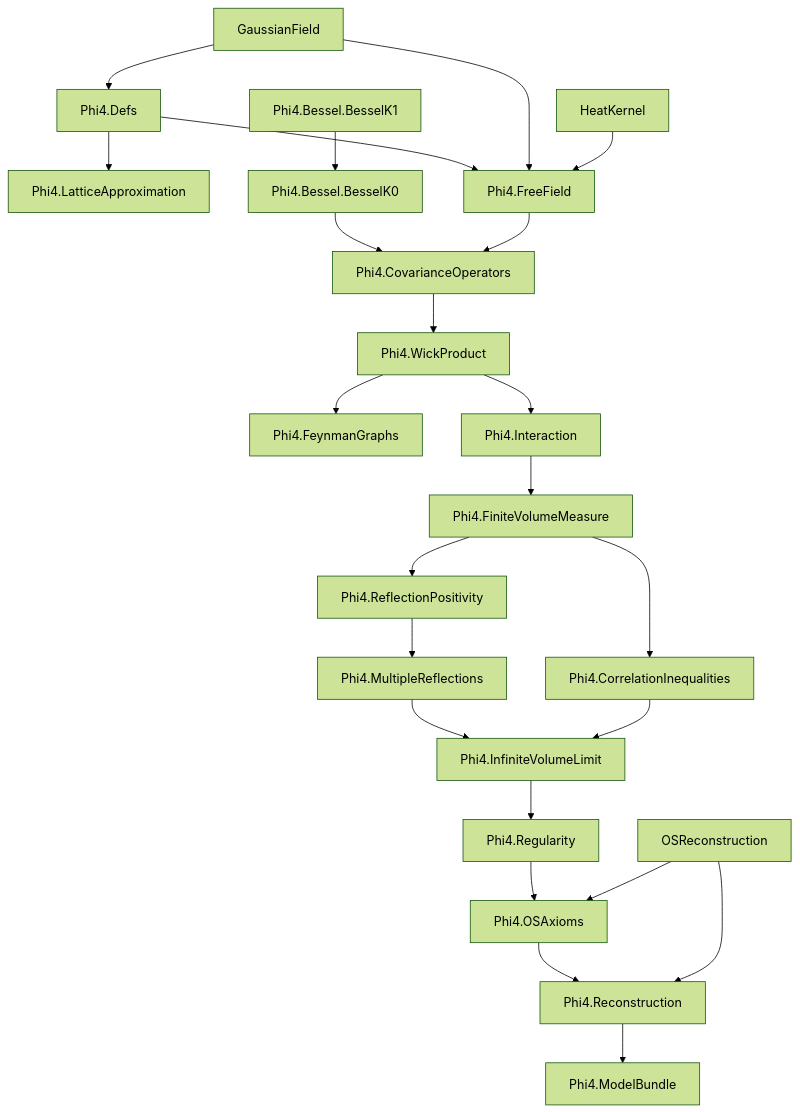
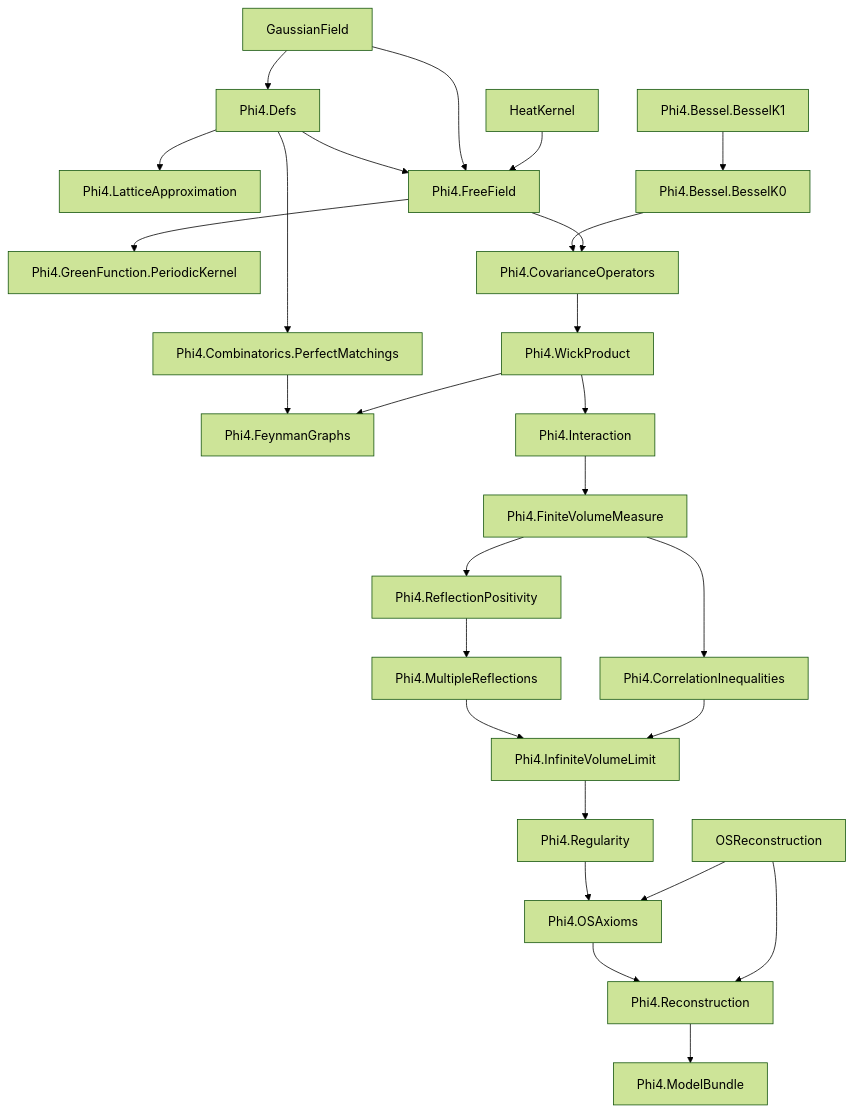
One commit to xiyin137/Phi4 changed the first of 2 diagrams in README.md. Above: the diagram before and after it, drawn with Mermaid (forest theme). The commit also changed other lines of this file and 14 other files, not shown here.

````diff
--- a/README.md
+++ b/README.md
@@ -29,42 +43,47 @@
 ```mermaid
 flowchart TD
   Defs[Phi4.Defs]
   Lattice[Phi4.LatticeApproximation]
+  PMatch[Phi4.Combinatorics.PerfectMatchings]
+  GPer[Phi4.GreenFunction.PeriodicKernel]
   FreeField[Phi4.FreeField]
   BesselK1[Phi4.Bessel.BesselK1]
   BesselK0[Phi4.Bessel.BesselK0]
   CovOps[Phi4.CovarianceOperators]
   Wick[Phi4.WickProduct]
   Graphs[Phi4.FeynmanGraphs]
   Interaction[Phi4.Interaction]
   FVM[Phi4.FiniteVolumeMeasure]
   Corr[Phi4.CorrelationInequalities]
   RP[Phi4.ReflectionPositivity]
   MultiRef[Phi4.MultipleReflections]
   InfVol[Phi4.InfiniteVolumeLimit]
   Reg[Phi4.Regularity]
   OSAx[Phi4.OSAxioms]
   Recon[Phi4.Reconstruction]
   Bundle[Phi4.ModelBundle]
 
   GaussianField[GaussianField]
   HeatKernel[HeatKernel]
   OSRec[OSReconstruction]
 
   Defs --> Lattice
+  Defs --> PMatch
   Defs --> FreeField
+  FreeField --> GPer
   BesselK1 --> BesselK0 --> CovOps
   FreeField --> CovOps --> Wick
+  PMatch --> Graphs
   Wick --> Graphs
   Wick --> Interaction --> FVM
   FVM --> Corr
   FVM --> RP --> MultiRef --> InfVol
   Corr --> InfVol
   InfVol --> Reg --> OSAx --> Recon --> Bundle
 
   GaussianField --> Defs
   GaussianField --> FreeField
   HeatKernel --> FreeField
   OSRec --> OSAx
   OSRec --> Recon
 ```
````
